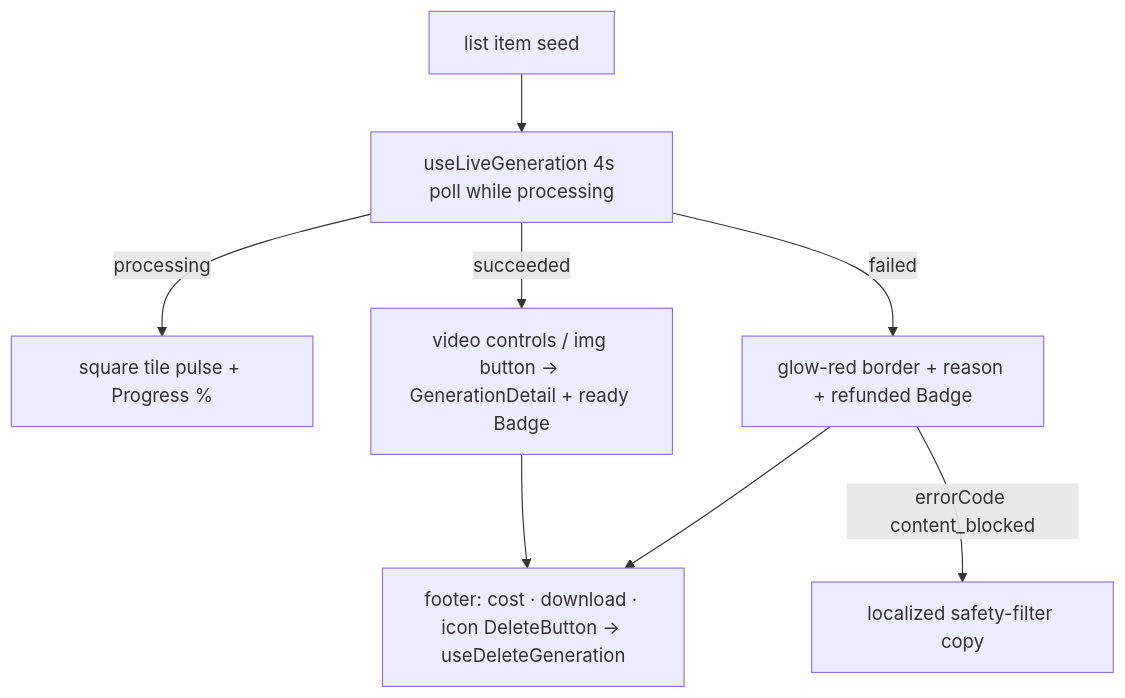
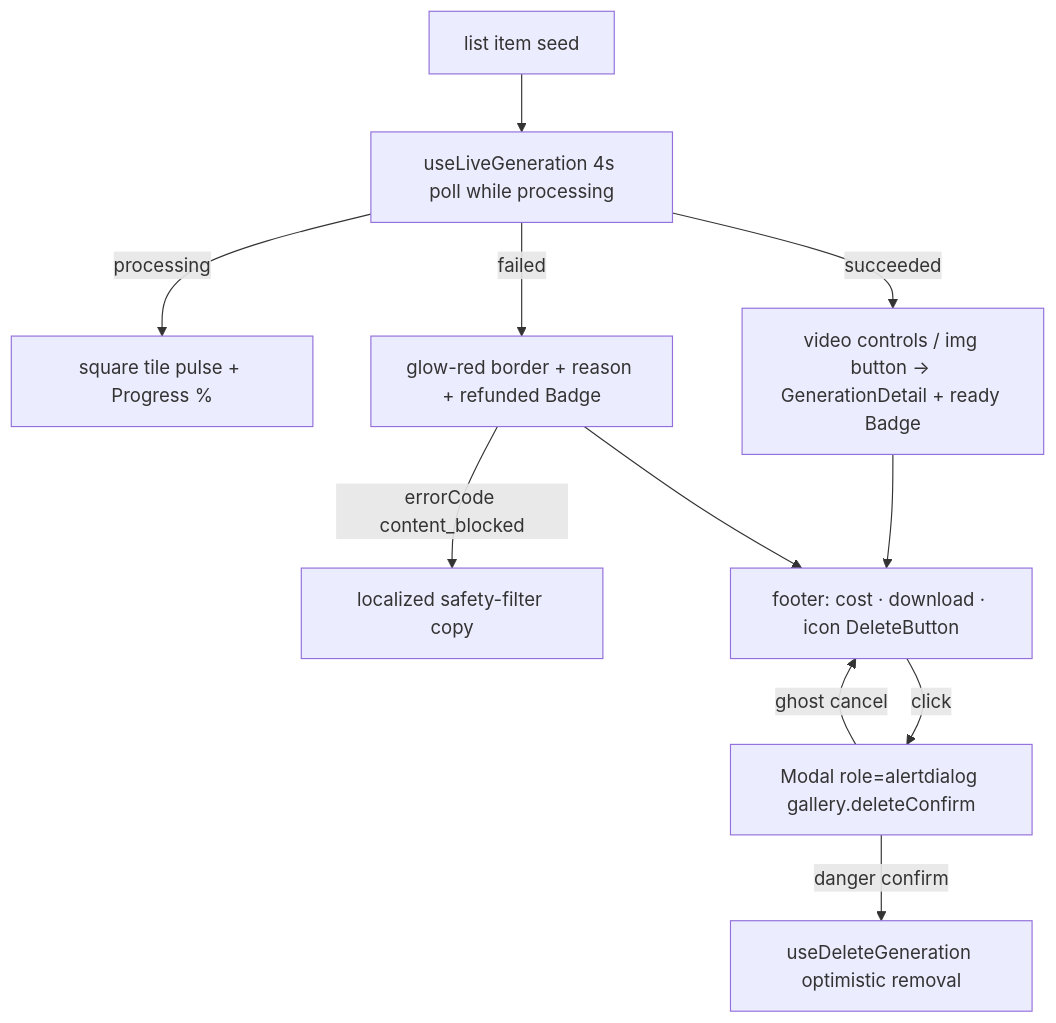
The diagram in apps/web/src/modules/Gallery/components/GenerationCard.tsx.md (AzamatRaimbekov2/openCreate), drawn with Mermaid before and after one commit. The commit also changed other lines of this file and 6 other files, not shown here.

````diff
--- a/apps/web/src/modules/Gallery/components/GenerationCard.tsx.md
+++ b/apps/web/src/modules/Gallery/components/GenerationCard.tsx.md
@@ -41,9 +45,12 @@
 ```mermaid
 flowchart TD
   SEED[list item seed] --> UL[useLiveGeneration 4s poll while processing]
   UL -->|processing| P[square tile pulse + Progress %]
   UL -->|succeeded| S[video controls / img button -> GenerationDetail + ready Badge]
   UL -->|failed| F[glow-red border + reason + refunded Badge]
   F -->|errorCode content_blocked| CB[localized safety-filter copy]
-  S & F --> A[footer: cost · download · icon DeleteButton -> useDeleteGeneration]
+  S & F --> A[footer: cost · download · icon DeleteButton]
+  A -->|click| CD[Modal role=alertdialog gallery.deleteConfirm]
+  CD -->|ghost cancel| A
+  CD -->|danger confirm| DM[useDeleteGeneration optimistic removal]
 ```
````
